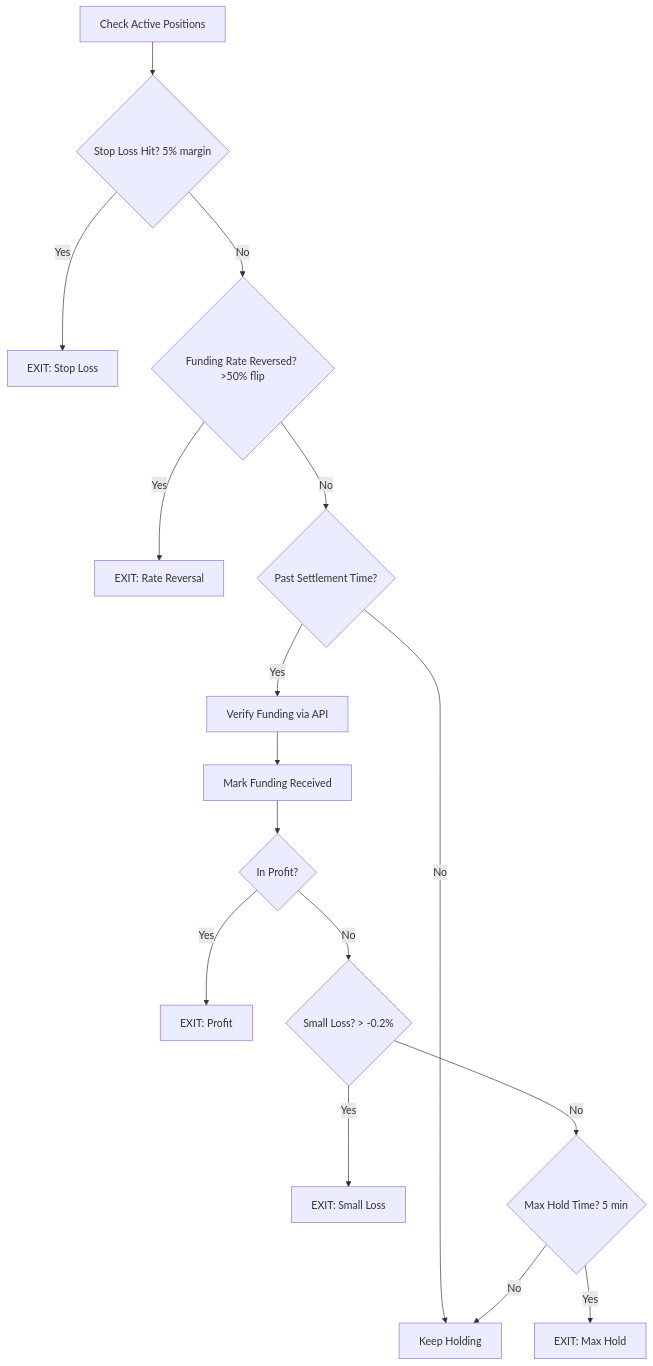
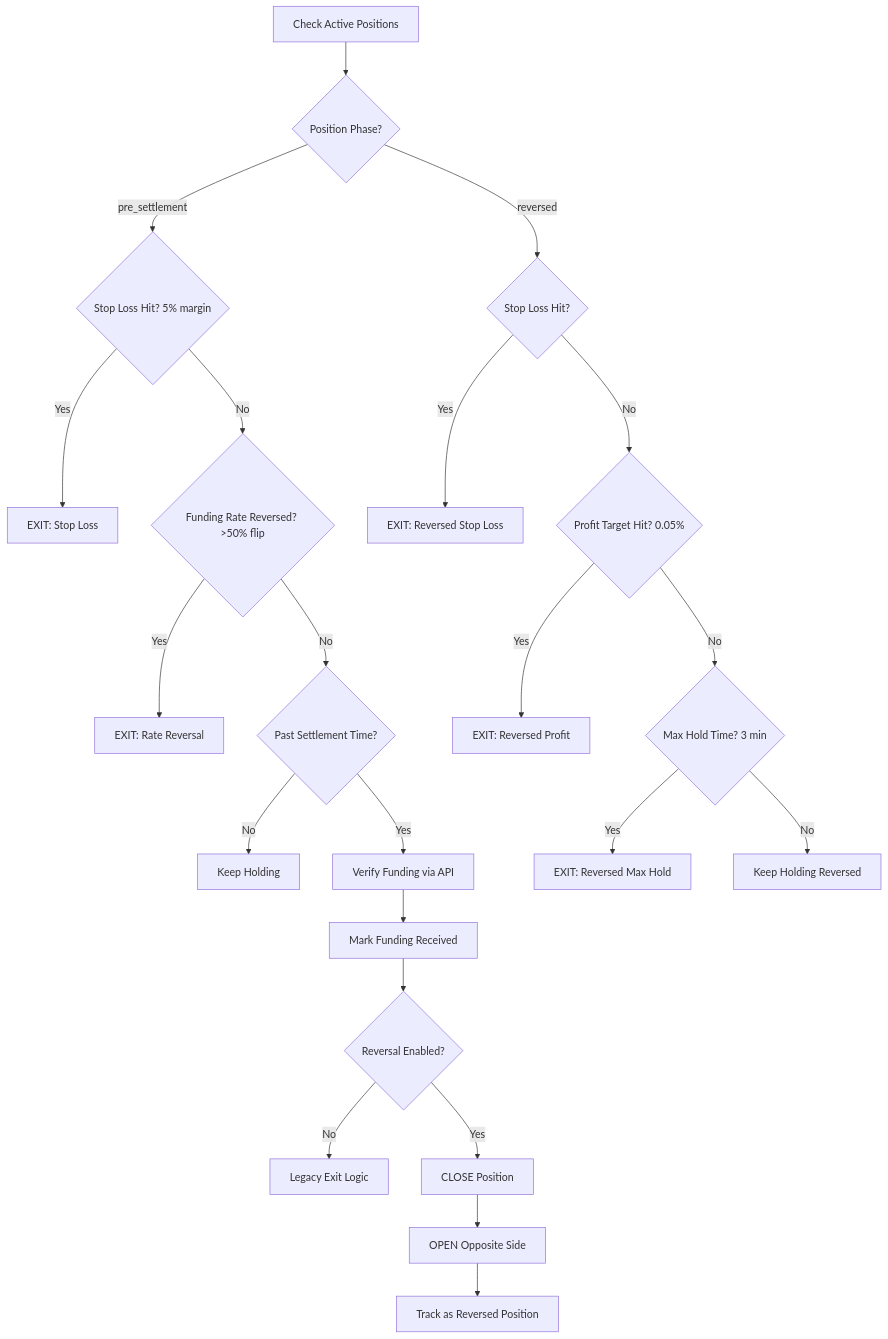
One commit to DecentralizedJM/funding-fee-farming-strategy changed the second of 3 diagrams in README.md. Above: the diagram before and after it, drawn with Mermaid. The commit also changed other lines of this file and 4 other files, not shown here.

First line of the commit message:
Add settlement reversal strategy: close and open opposite after funding

````diff
--- a/README.md
+++ b/README.md
@@ -161,18 +162,26 @@
 ```mermaid
 flowchart TD
-    A[Check Active Positions] --> B{Stop Loss Hit? 5% margin}
-    B -->|Yes| C[EXIT: Stop Loss]
-    B -->|No| D{Funding Rate Reversed? >50% flip}
-    D -->|Yes| C2[EXIT: Rate Reversal]
-    D -->|No| E{Past Settlement Time?}
-    E -->|No| F[Keep Holding]
-    E -->|Yes| G[Verify Funding via API]
-    G --> H[Mark Funding Received]
-    H --> I{In Profit?}
-    I -->|Yes| J[EXIT: Profit]
-    I -->|No| K{Small Loss? > -0.2%}
-    K -->|Yes| L[EXIT: Small Loss]
-    K -->|No| M{Max Hold Time? 5 min}
-    M -->|Yes| N[EXIT: Max Hold]
-    M -->|No| F
+    A[Check Active Positions] --> B{Position Phase?}
+    B -->|pre_settlement| C{Stop Loss Hit? 5% margin}
+    B -->|reversed| R1{Stop Loss Hit?}
+    
+    C -->|Yes| D[EXIT: Stop Loss]
+    C -->|No| E{Funding Rate Reversed? >50% flip}
+    E -->|Yes| D2[EXIT: Rate Reversal]
+    E -->|No| F{Past Settlement Time?}
+    F -->|No| G[Keep Holding]
+    F -->|Yes| H[Verify Funding via API]
+    H --> I[Mark Funding Received]
+    I --> J{Reversal Enabled?}
+    J -->|No| K[Legacy Exit Logic]
+    J -->|Yes| L[CLOSE Position]
+    L --> M[OPEN Opposite Side]
+    M --> N[Track as Reversed Position]
+    
+    R1 -->|Yes| R2[EXIT: Reversed Stop Loss]
+    R1 -->|No| R3{Profit Target Hit? 0.05%}
+    R3 -->|Yes| R4[EXIT: Reversed Profit]
+    R3 -->|No| R5{Max Hold Time? 3 min}
+    R5 -->|Yes| R6[EXIT: Reversed Max Hold]
+    R5 -->|No| R7[Keep Holding Reversed]
 ```
````
